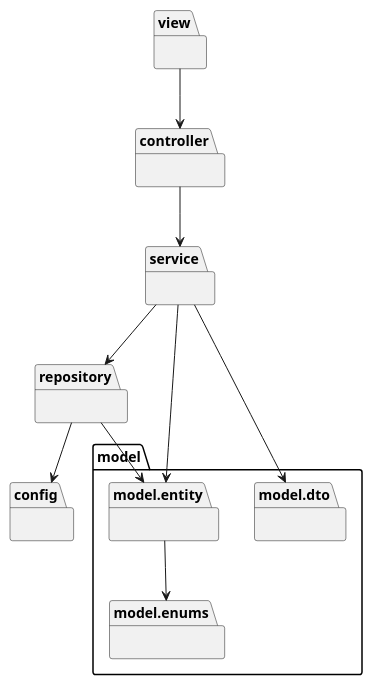
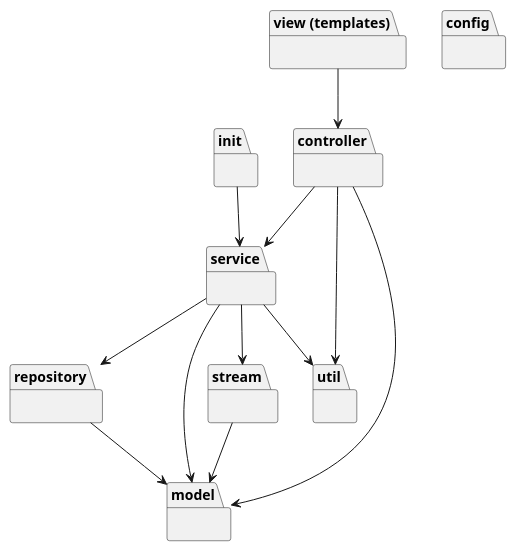
One commit to HuynhDuyNguyenITSPKT/CK_Hotel_LTTT changed the diagram in uml/package/package_diagram_hotel.puml. Above: the diagram before and after it, drawn with PlantUML.

```diff
--- a/uml/package/package_diagram_hotel.puml
+++ b/uml/package/package_diagram_hotel.puml
@@ -1,19 +1,23 @@
 @startuml
-package "view" { }
-package "controller" { }
-package "service" { }
-package "repository" { }
-package "model.entity" { }
-package "model.dto" { }
-package "model.enums" { }
-package "config" { }
+package "view (templates)" as view { }
+package "controller" as controller { }
+package "service" as service { }
+package "repository" as repository { }
+package "model" as model { }
+package "stream" as stream { }
+package "config" as config { }
+package "util" as util { }
+package "init" as init { }
 
 view --> controller
 controller --> service
+controller --> model
 service --> repository
-repository --> "model.entity"
-service --> "model.entity"
-service --> "model.dto"
-"model.entity" --> "model.enums"
-repository --> config
+service --> model
+service --> util
+service --> stream
+repository --> model
+stream --> model
+controller --> util
+init --> service
 @enduml
```
